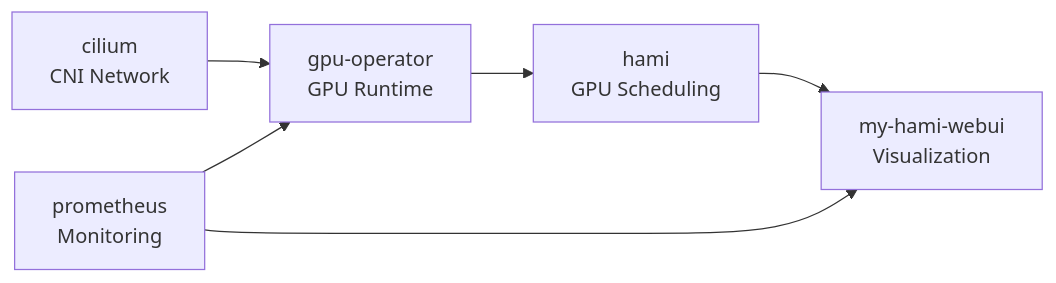
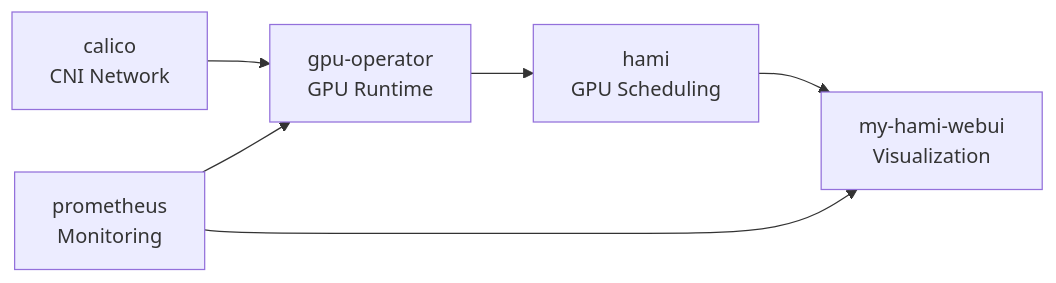
Before and after one commit to Project-HAMi/hami-workshop: the second of 5 diagrams in docs/concepts/hami-architecture.md, drawn with Mermaid. The commit also changed other lines of this file and 9 other files, not shown here.

````diff
--- a/docs/concepts/hami-architecture.md
+++ b/docs/concepts/hami-architecture.md
@@ -79,9 +79,9 @@
 ```mermaid
-%% title: Helm Release Installation Dependencies
+%% title: Component Installation Dependencies
 flowchart LR
-    Cilium["cilium<br/>CNI Network"] --> GPUOp["gpu-operator<br/>GPU Runtime"]
+    Calico["calico<br/>CNI Network"] --> GPUOp["gpu-operator<br/>GPU Runtime"]
     GPUOp --> HAMi["hami<br/>GPU Scheduling"]
     HAMi --> WebUI["my-hami-webui<br/>Visualization"]
     Prometheus["prometheus<br/>Monitoring"] --> GPUOp
     Prometheus --> WebUI
 ```
````
